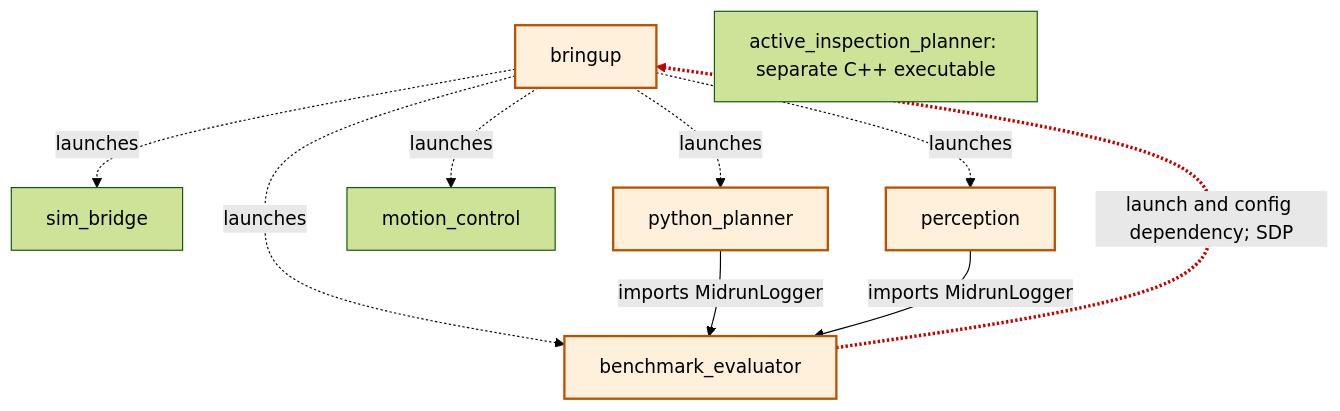
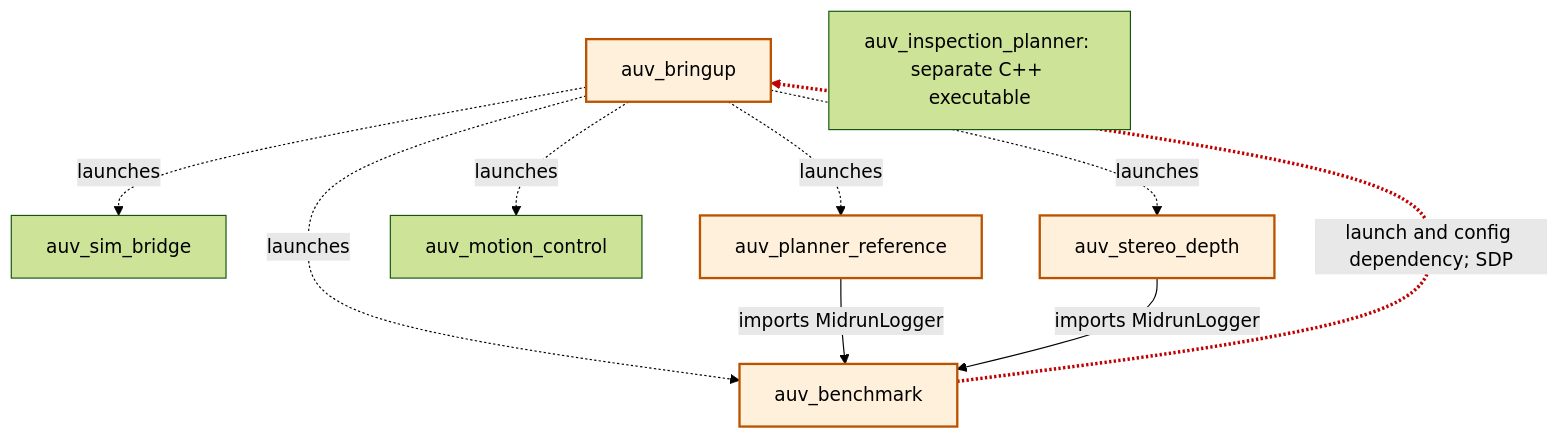
The first of 4 diagrams in src/docs/architecture/phase_1_topology.md (metinegearal/auv-nbv-inspection), drawn with Mermaid (forest theme) before and after one commit. The commit also changed other lines of this file and 455 other files, not shown here.

````diff
--- a/src/docs/architecture/phase_1_topology.md
+++ b/src/docs/architecture/phase_1_topology.md
@@ -11,15 +11,15 @@
 ```mermaid
 graph TD
-    BR[bringup] -. launches .-> SB[sim_bridge]
-    BR -. launches .-> PE[perception]
-    BR -. launches .-> MC[motion_control]
-    BR -. launches .-> PP[python_planner]
-    BR -. launches .-> BE[benchmark_evaluator]
+    BR[auv_bringup] -. launches .-> SB[auv_sim_bridge]
+    BR -. launches .-> PE[auv_stereo_depth]
+    BR -. launches .-> MC[auv_motion_control]
+    BR -. launches .-> PP[auv_planner_reference]
+    BR -. launches .-> BE[auv_benchmark]
     PP -->|imports MidrunLogger| BE
     PE -->|imports MidrunLogger| BE
     BE -. "launch and config dependency; SDP" .-> BR
-    AI[active_inspection_planner: separate C++ executable]
+    AI[auv_inspection_planner: separate C++ executable]
     classDef cycle fill:#fff0db,stroke:#ba5300,stroke-width:2px
     class BR,BE,PP,PE cycle
     linkStyle 7 stroke:#c00000,stroke-width:3px
 ```
````
